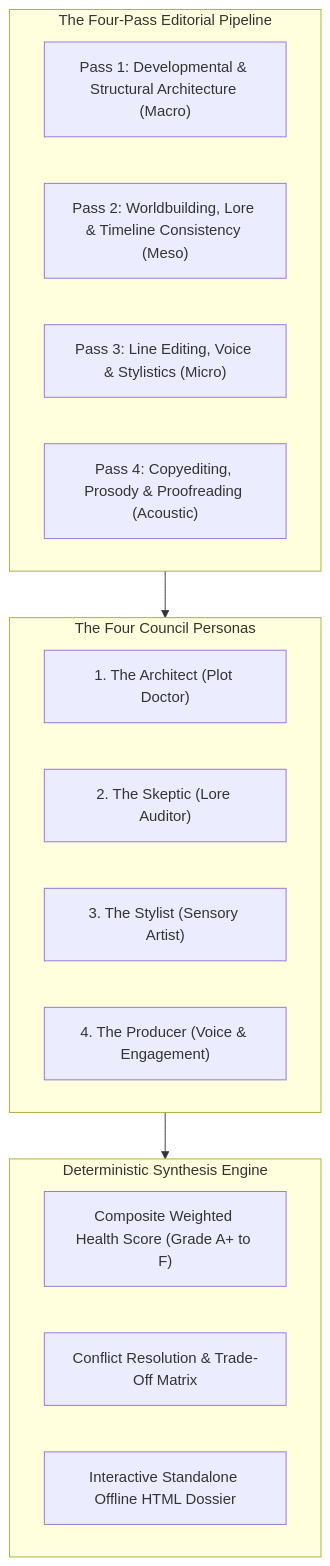
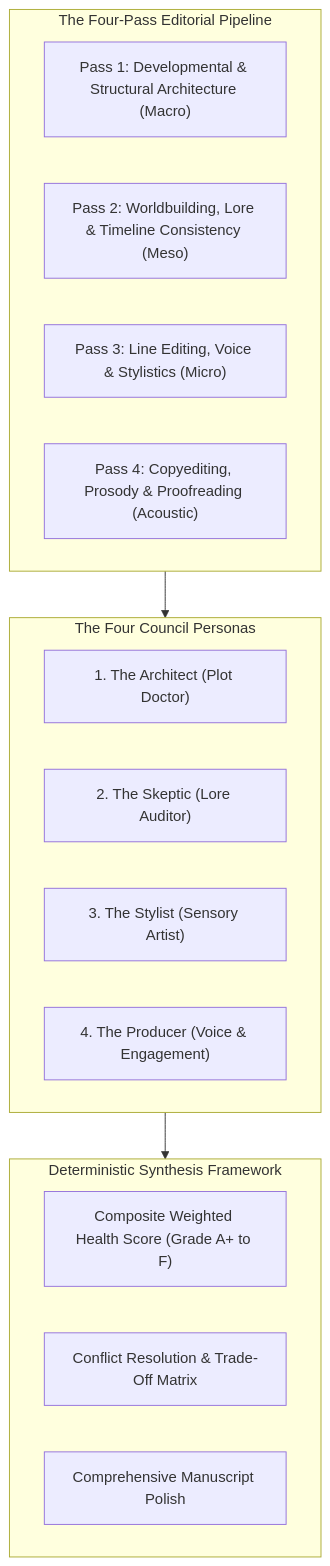
Before and after one commit to aryansinghnagar/Ars-Arcanum: the first of 3 diagrams in docs/COUNCIL.md, drawn with Mermaid. The commit also changed other lines of this file and 12 other files, not shown here.

````diff
--- a/docs/COUNCIL.md
+++ b/docs/COUNCIL.md
@@ -18,24 +17,24 @@
 ```mermaid
 flowchart TD
     subgraph EditorialPipeline["The Four-Pass Editorial Pipeline"]
         Pass1["Pass 1: Developmental & Structural Architecture (Macro)"]
         Pass2["Pass 2: Worldbuilding, Lore & Timeline Consistency (Meso)"]
         Pass3["Pass 3: Line Editing, Voice & Stylistics (Micro)"]
         Pass4["Pass 4: Copyediting, Prosody & Proofreading (Acoustic)"]
     end
 
     subgraph CouncilPersonas["The Four Council Personas"]
         Architect["1. The Architect (Plot Doctor)"]
         Skeptic["2. The Skeptic (Lore Auditor)"]
         Stylist["3. The Stylist (Sensory Artist)"]
         Producer["4. The Producer (Voice & Engagement)"]
     end
 
-    subgraph SynthesisEngine["Deterministic Synthesis Engine"]
+    subgraph SynthesisEngine["Deterministic Synthesis Framework"]
         ScoreCalc["Composite Weighted Health Score (Grade A+ to F)"]
         Reconcile["Conflict Resolution & Trade-Off Matrix"]
-        HTMLDossier["Interactive Standalone Offline HTML Dossier"]
+        Polish["Comprehensive Manuscript Polish"]
     end
 
     EditorialPipeline --> CouncilPersonas --> SynthesisEngine
 ```
````
